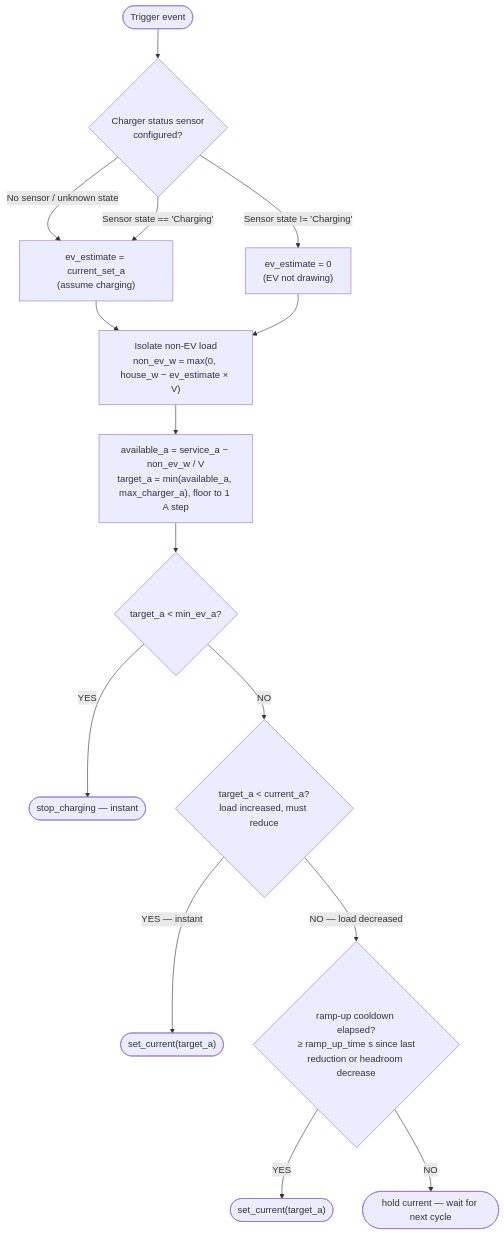
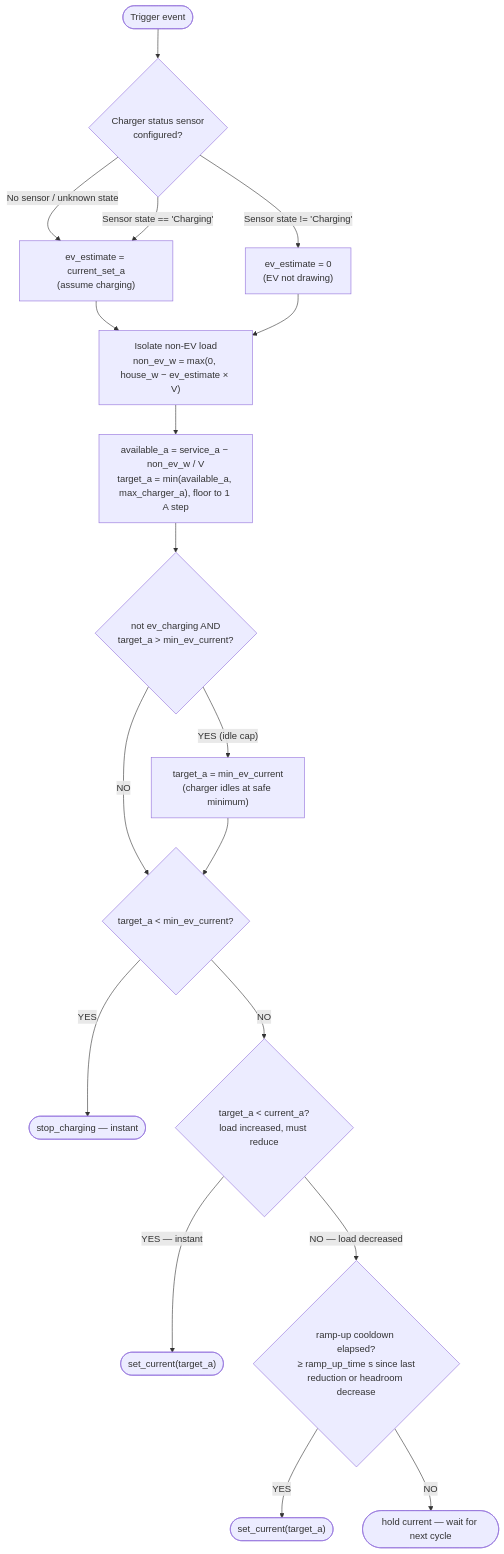
Before and after one commit to alexisml/ha-ev-charger-balancer: the first of 7 diagrams in docs/documentation/how-it-works.md, drawn with Mermaid. The commit also changed other lines of this file and 5 other files, not shown here.

Commit message:
feat: clamp charger at min_ev_current when not charging, ramp up on start (#114)

````diff
--- a/docs/documentation/how-it-works.md
+++ b/docs/documentation/how-it-works.md
@@ -237,18 +243,21 @@
 ```mermaid
 flowchart TD
     A([Trigger event])
     A --> Z{"Charger status sensor<br/>configured?"}
     Z -- "No sensor / unknown state" --> ZA["ev_estimate = current_set_a<br/>(assume charging)"]
     Z -- "Sensor state == 'Charging'" --> ZA
     Z -- "Sensor state != 'Charging'" --> ZB["ev_estimate = 0<br/>(EV not drawing)"]
     ZA --> B["Isolate non-EV load<br/>non_ev_w = max(0, house_w − ev_estimate × V)"]
     ZB --> B
     B --> C["available_a = service_a − non_ev_w / V<br/>target_a = min(available_a, max_charger_a), floor to 1 A step"]
-    C --> D{"target_a < min_ev_a?"}
+    C --> CZ{"not ev_charging AND<br/>target_a > min_ev_current?"}
+    CZ -- "YES (idle cap)" --> CZA["target_a = min_ev_current<br/>(charger idles at safe minimum)"]
+    CZ -- "NO" --> D
+    CZA --> D{"target_a < min_ev_current?"}
     D -- YES --> E(["stop_charging — instant"])
     D -- NO --> F{"target_a < current_a?<br/>load increased, must reduce"}
     F -- "YES — instant" --> G(["set_current(target_a)"])
     F -- "NO — load decreased" --> H{"ramp-up cooldown elapsed?<br/>≥ ramp_up_time s since last<br/>reduction or headroom decrease"}
     H -- "YES" --> I(["set_current(target_a)"])
     H -- "NO" --> J(["hold current — wait for next cycle"])
 ```
````
